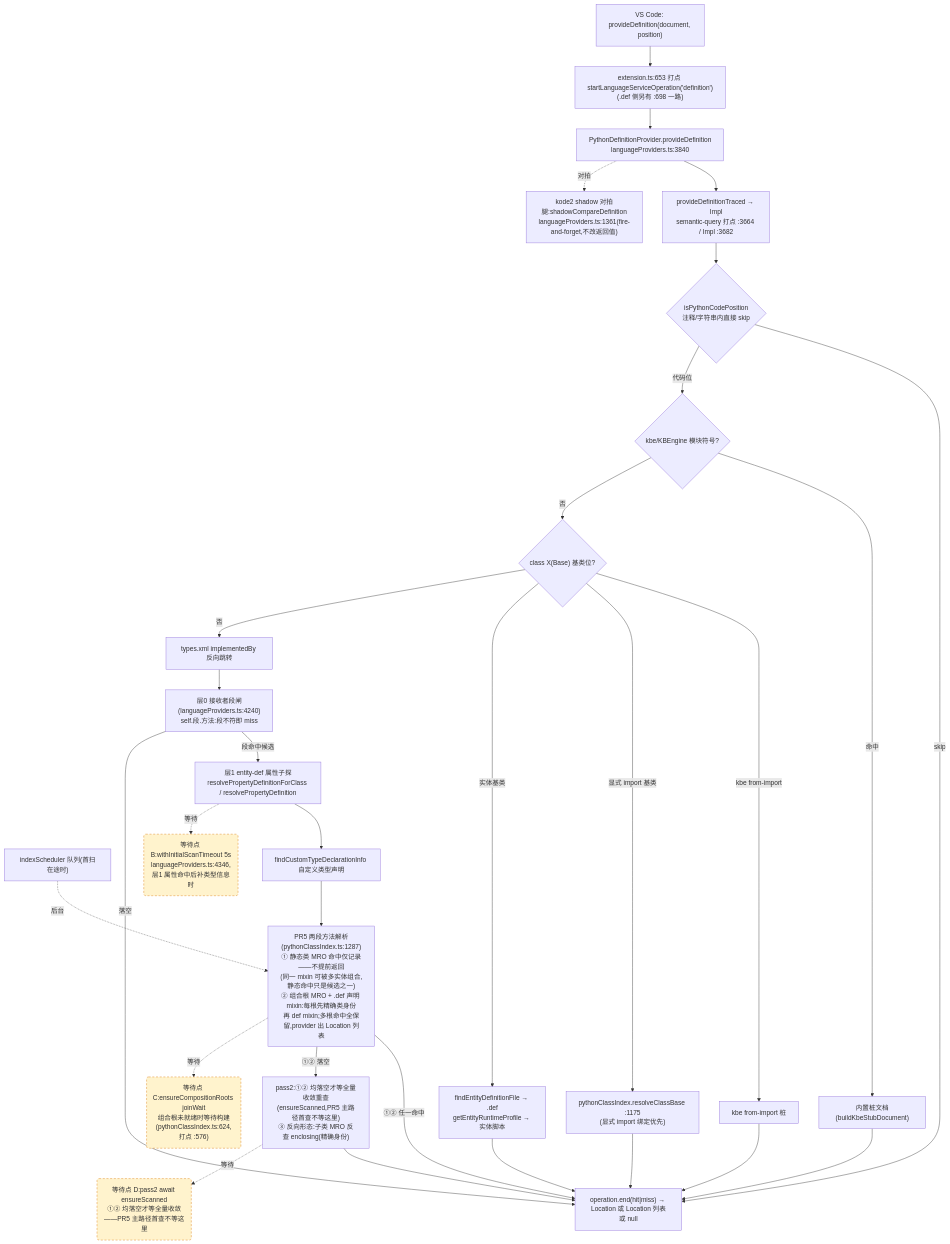
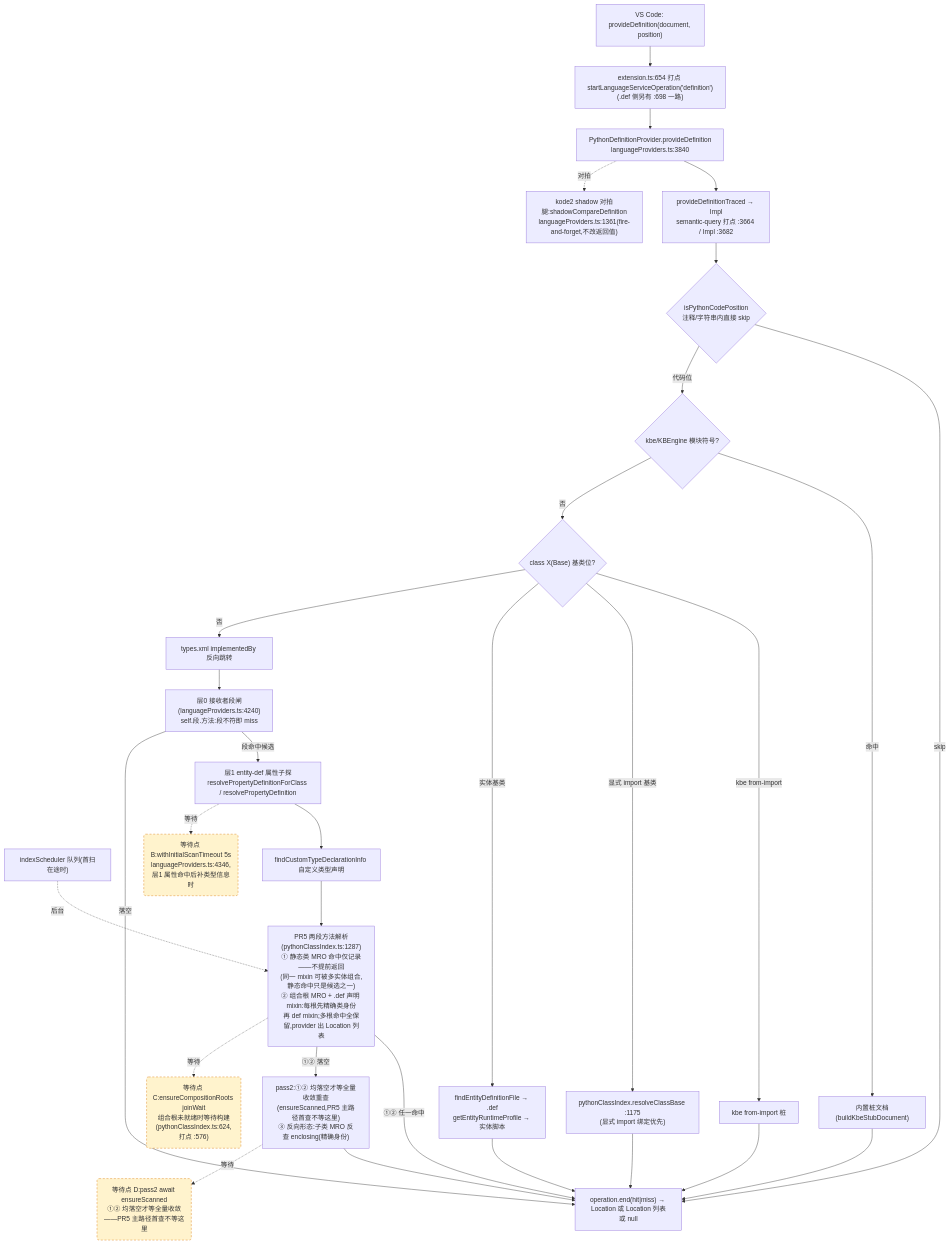
The second of 4 diagrams in docs/perf/2026-baseline.md (cuihairu/kode), drawn with Mermaid before and after one commit. The commit also changed other lines of this file and 7 other files, not shown here.

````diff
--- a/docs/perf/2026-baseline.md
+++ b/docs/perf/2026-baseline.md
@@ -130,51 +130,51 @@
 ```mermaid
 flowchart TD
   VC2["VS Code: provideDefinition(document, position)"]
-  M2["extension.ts:653 打点 startLanguageServiceOperation('definition')<br/>(.def 侧另有 :698 一路)"]
+  M2["extension.ts:654 打点 startLanguageServiceOperation('definition')<br/>(.def 侧另有 :698 一路)"]
   AD2["PythonDefinitionProvider.provideDefinition<br/>languageProviders.ts:3840"]
   TR["provideDefinitionTraced → Impl<br/>semantic-query 打点 :3664 / Impl :3682"]
   CTX{"isPythonCodePosition<br/>注释/字符串内直接 skip"}
   KBE{"kbe/KBEngine 模块符号?"}
   STUB["内置桩文档(buildKbeStubDocument)"]
   CB{"class X(Base) 基类位?"}
   CB1["kbe from-import 桩"]
   CB2["pythonClassIndex.resolveClassBase :1175<br/>(显式 import 绑定优先)"]
   CB3["findEntityDefinitionFile → .def<br/>getEntityRuntimeProfile → 实体脚本"]
   REV["types.xml implementedBy 反向跳转"]
   L0["层0 接收者段闸(languageProviders.ts:4240)<br/>self.段.方法:段不符即 miss"]
   L1["层1 entity-def 属性子探<br/>resolvePropertyDefinitionForClass / resolvePropertyDefinition"]
   SCAN["indexScheduler 队列(首扫在途时)"]
   TY["findCustomTypeDeclarationInfo 自定义类型声明"]
   MRO["PR5 两段方法解析(pythonClassIndex.ts:1287)<br/>① 静态类 MRO 命中仅记录——不提前返回<br/>(同一 mixin 可被多实体组合,静态命中只是候选之一)<br/>② 组合根 MRO + .def 声明 mixin:每根先精确类身份<br/>再 def mixin;多根命中全保留,provider 出 Location 列表"]
   PASS2["pass2:①② 均落空才等全量收敛重查<br/>(ensureScanned,PR5 主路径首查不等这里)<br/>③ 反向形态:子类 MRO 反查 enclosing(精确身份)"]
   SHD["kode2 shadow 对拍腿:shadowCompareDefinition<br/>languageProviders.ts:1361(fire-and-forget,不改返回值)"]
   END2["operation.end(hit|miss) → Location 或 Location 列表或 null"]
 
   VC2 --> M2 --> AD2 --> TR --> CTX
   CTX -- "skip" --> END2
   CTX -- "代码位" --> KBE
   KBE -- "命中" --> STUB --> END2
   KBE -- "否" --> CB
   CB -- "kbe from-import" --> CB1 --> END2
   CB -- "显式 import 基类" --> CB2 --> END2
   CB -- "实体基类" --> CB3 --> END2
   CB -- "否" --> REV --> L0
   L0 -- "段命中候选" --> L1
   L0 -- "落空" --> END2
   L1 --> TY
   TY --> MRO
   MRO -- "①② 任一命中" --> END2
   MRO -- "①② 落空" --> PASS2 --> END2
   AD2 -.->|对拍| SHD
 
   WAITB("等待点 B:withInitialScanTimeout 5s<br/>languageProviders.ts:4346,层1 属性命中后补类型信息时")
   WAITC("等待点 C:ensureCompositionRoots joinWait<br/>组合根未就绪时等待构建(pythonClassIndex.ts:624,打点 :576)")
   WAITD("等待点 D:pass2 await ensureScanned<br/>①② 均落空才等全量收敛——PR5 主路径首查不等这里")
   L1 -.->|等待| WAITB
   MRO -.->|等待| WAITC
   PASS2 -.->|等待| WAITD
   SCAN -.->|后台| MRO
 
   classDef waitPoint fill:#fff3cd,stroke:#d97706,stroke-dasharray:5 4;
   class WAITB,WAITC,WAITD waitPoint;
 ```
````
